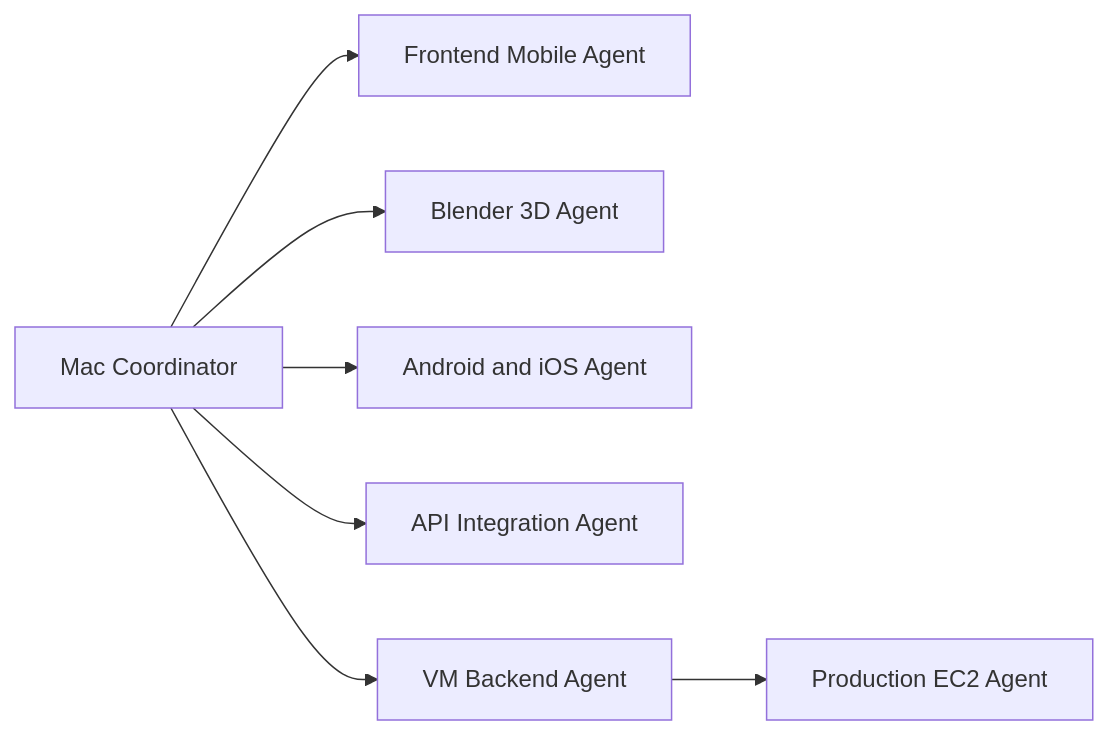
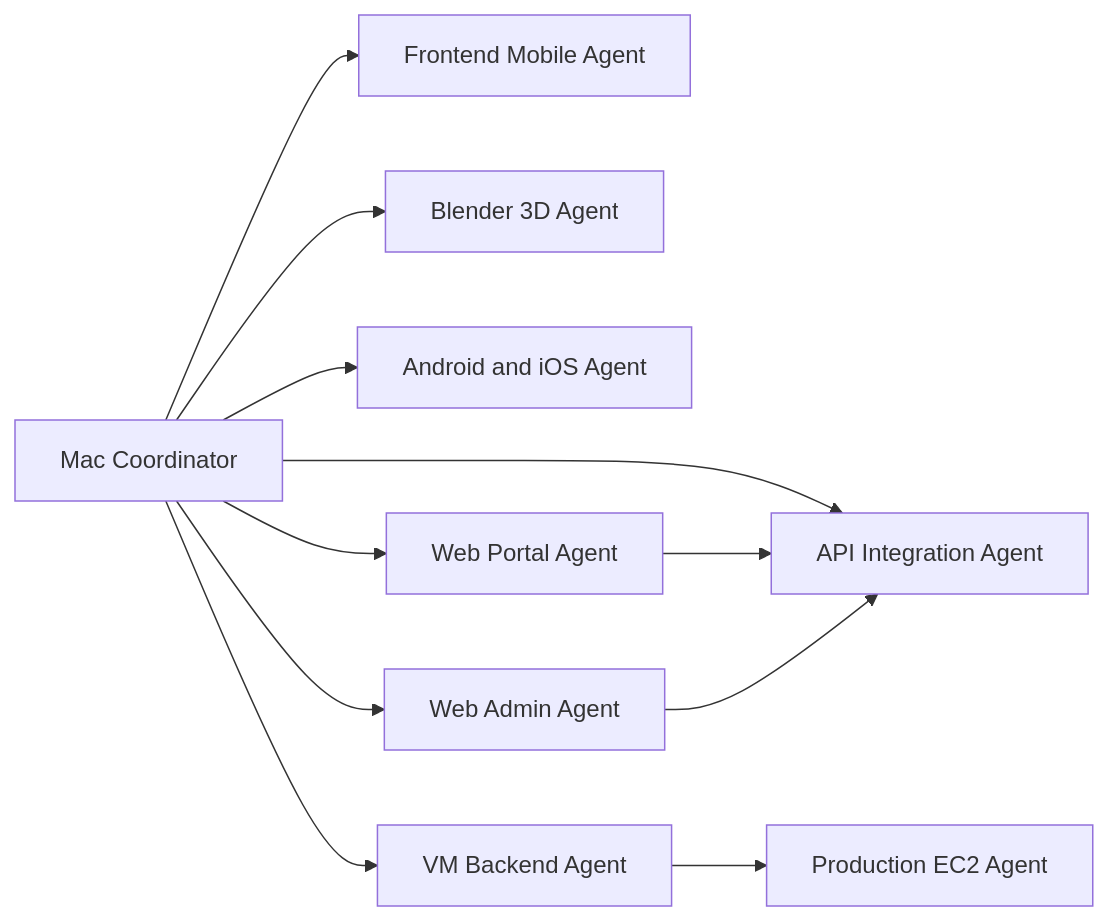
The diagram in docs/agents-architecture.md (robertodantasdecastro/leggau), drawn with Mermaid before and after one commit. The commit also changed other lines of this file and 9 other files, not shown here.

Commit message:
Sync agents and update MVP timeline

````diff
--- a/docs/agents-architecture.md
+++ b/docs/agents-architecture.md
@@ -7,17 +7,23 @@
 ```mermaid
 flowchart LR
   Mac["Mac Coordinator"]
   Frontend["Frontend Mobile Agent"]
   Blender["Blender 3D Agent"]
   Platform["Android and iOS Agent"]
   API["API Integration Agent"]
+  Portal["Web Portal Agent"]
+  Admin["Web Admin Agent"]
   VM["VM Backend Agent"]
   Prod["Production EC2 Agent"]
 
   Mac --> Frontend
   Mac --> Blender
   Mac --> Platform
   Mac --> API
+  Mac --> Portal
+  Mac --> Admin
   Mac --> VM
+  Portal --> API
+  Admin --> API
   VM --> Prod
 ```
````
